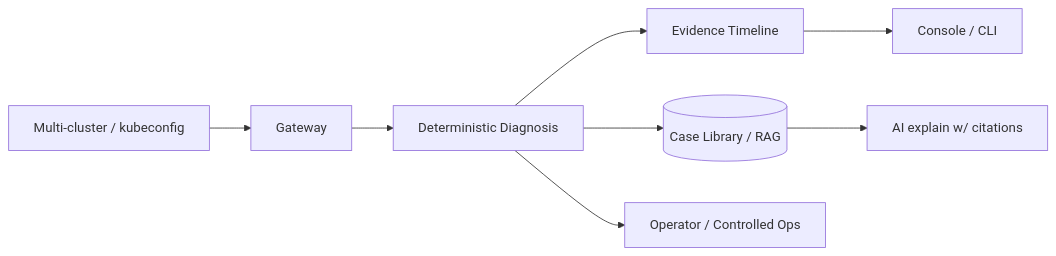
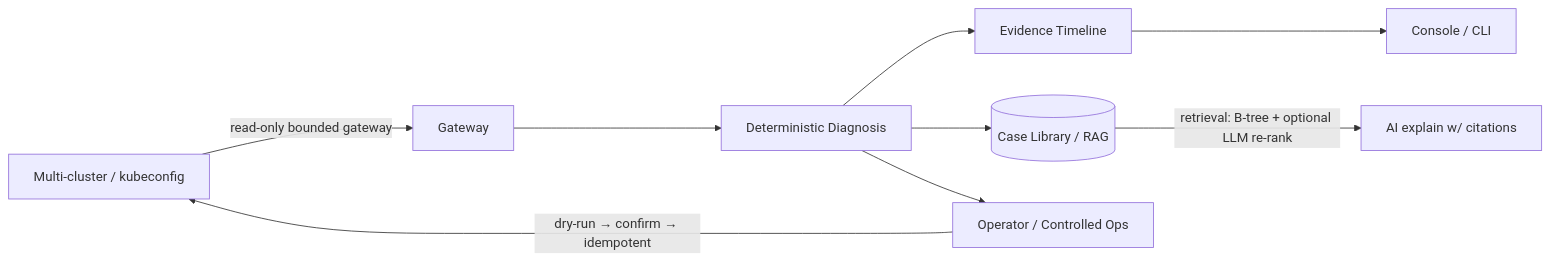
Before and after one commit to guiyi-labs/aiops-platform: the diagram in README.md, drawn with Mermaid. The commit also changed other lines of this file and 2 other files, not shown here.

First line of the commit message:
docs(readme): flagship rewrite — architecture chain, demo matrix and roadmap index (P2b)

````diff
--- a/README.md
+++ b/README.md
@@ -97,10 +99,11 @@
 ```mermaid
 flowchart LR
-  A[Multi-cluster / kubeconfig] --> G[Gateway]
-  G --> D[Deterministic Diagnosis]
-  D --> E[Evidence Timeline]
-  D --> K[(Case Library / RAG)]
-  K --> AID[AI explain w/ citations]
-  E --> C[Console / CLI]
-  D --> O[Operator / Controlled Ops]
+    A[Multi-cluster / kubeconfig] -->|read-only bounded gateway| G[Gateway]
+    G --> D[Deterministic Diagnosis]
+    D --> E[Evidence Timeline]
+    D --> K[(Case Library / RAG)]
+    K -->|retrieval: B-tree + optional LLM re-rank| AID[AI explain w/ citations]
+    E --> C[Console / CLI]
+    D --> O[Operator / Controlled Ops]
+    O -->|dry-run → confirm → idempotent| A
 ```
````
